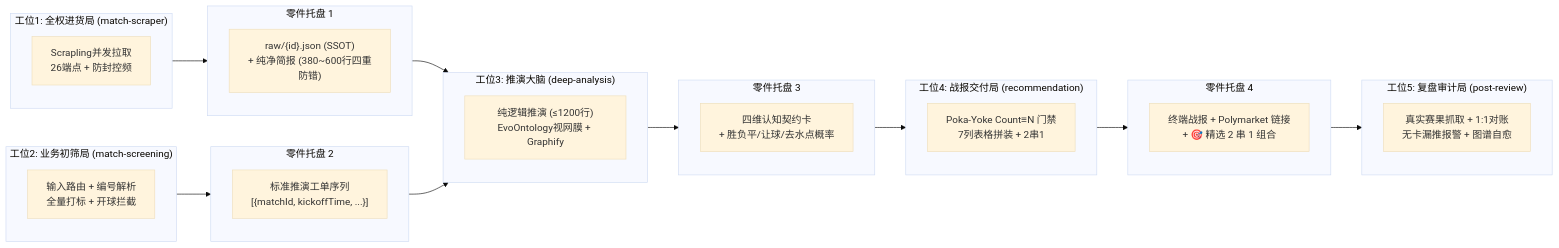
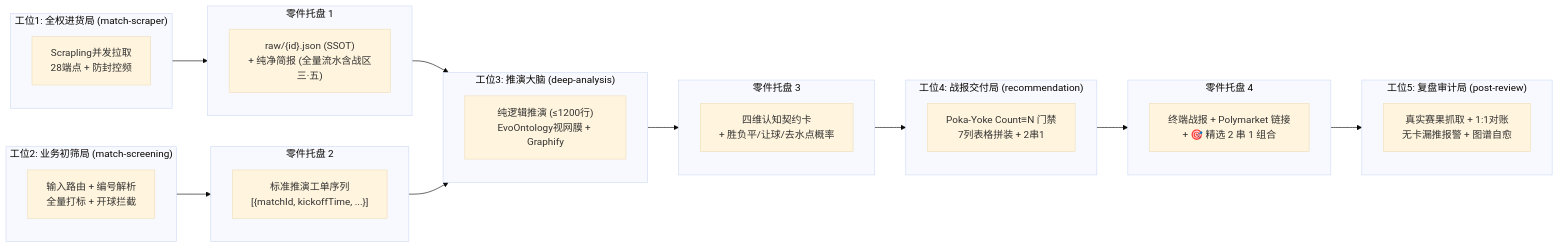
Before and after one commit to i0ivi0i/supodds: the second of 4 diagrams in README.md, drawn with Mermaid (base theme). The commit also changed other lines of this file and 10 other files, not shown here.

````diff
--- a/README.md
+++ b/README.md
@@ -78,38 +78,38 @@
 ```mermaid
 flowchart LR
     subgraph W1 ["工位1: 全权进货局 (match-scraper)"]
-        S1["Scrapling并发拉取<br/>26端点 + 防封控频"]
+        S1["Scrapling并发拉取<br/>28端点 + 防封控频"]
     end
     subgraph T1 ["零件托盘 1"]
-        D1["raw/{id}.json (SSOT)<br/>+ 纯净简报 (380~600行四重防错)"]
+        D1["raw/{id}.json (SSOT)<br/>+ 纯净简报 (全量流水含战区三·五)"]
     end
     subgraph W2 ["工位2: 业务初筛局 (match-screening)"]
         S2["输入路由 + 编号解析<br/>全量打标 + 开球拦截"]
     end
     subgraph T2 ["零件托盘 2"]
         D2["标准推演工单序列<br/>[{matchId, kickoffTime, ...}]"]
     end
     subgraph W3 ["工位3: 推演大脑 (deep-analysis)"]
         S3["纯逻辑推演 (≤1200行)<br/>EvoOntology视网膜 + Graphify"]
     end
     subgraph T3 ["零件托盘 3"]
         D3["四维认知契约卡<br/>+ 胜负平/让球/去水点概率"]
     end
     subgraph W4 ["工位4: 战报交付局 (recommendation)"]
         S4["Poka-Yoke Count≡N 门禁<br/>7列表格拼装 + 2串1"]
     end
     subgraph T4 ["零件托盘 4"]
         D4["终端战报 + Polymarket 链接<br/>+ 🎯 精选 2 串 1 组合"]
     end
     subgraph W5 ["工位5: 复盘审计局 (post-review)"]
         S5["真实赛果抓取 + 1:1对账<br/>无卡漏推报警 + 图谱自愈"]
     end
 
     W1 --> T1
     W2 --> T2
     T1 & T2 --> W3
     W3 --> T3
     T3 --> W4
     W4 --> T4
     T4 --> W5
 ```
````
